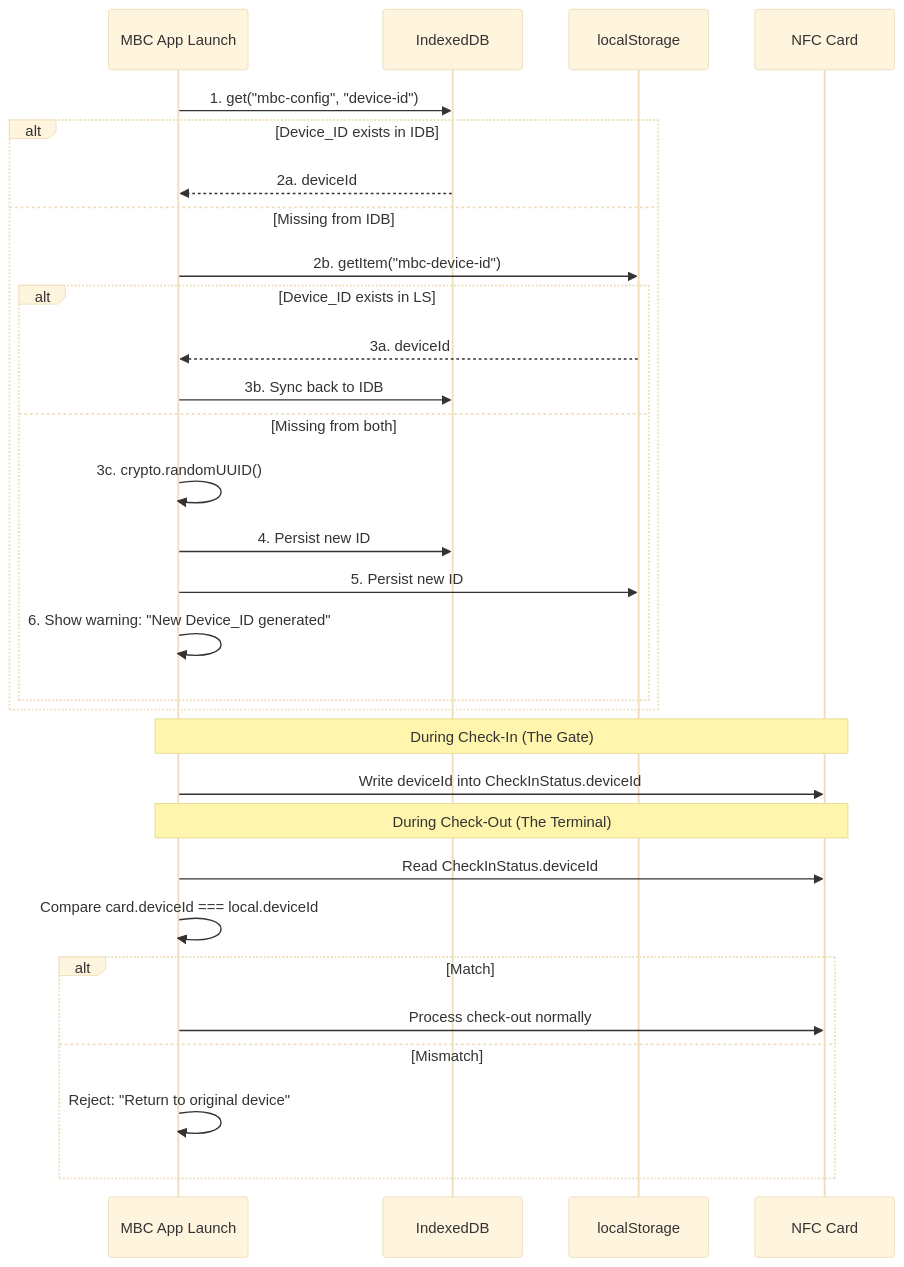
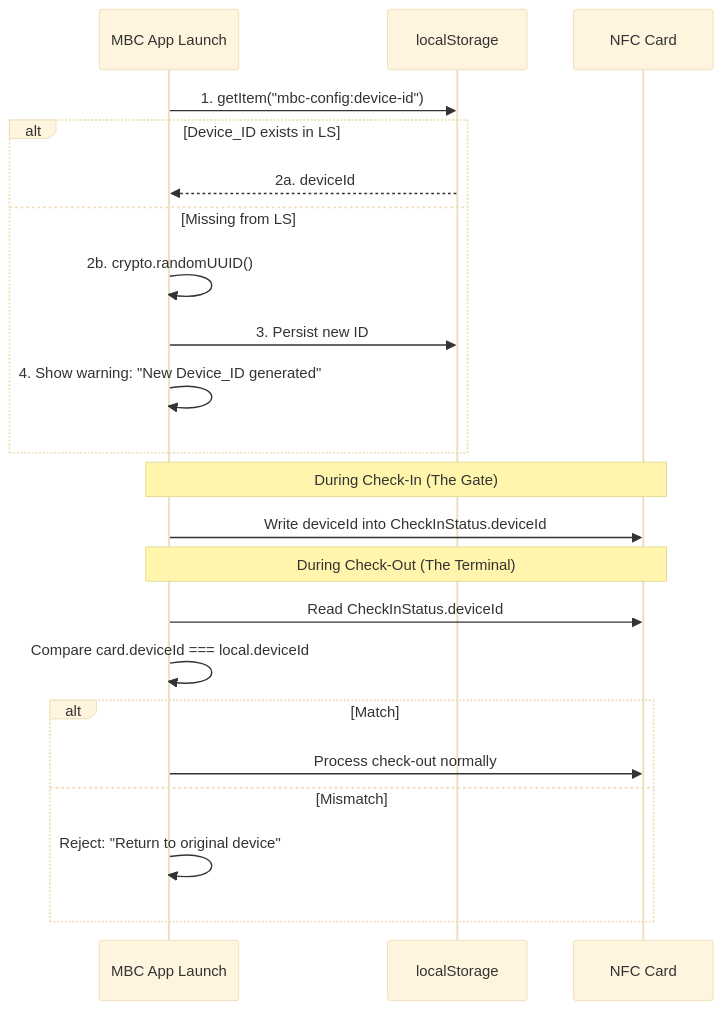
The first of 2 diagrams in docs/wiki/membership-benefit-card/04-Technical-Flows/Device-Binding.md (widdestoyud/assesment-s1-2026), drawn with Mermaid (base theme) before and after one commit. The commit also changed other lines of this file and 23 other files, not shown here.

First line of the commit message:
chore(mbc): Update agents, specs, wiki docs, and storage architecture (#35)

````diff
--- a/docs/wiki/membership-benefit-card/04-Technical-Flows/Device-Binding.md
+++ b/docs/wiki/membership-benefit-card/04-Technical-Flows/Device-Binding.md
@@ -11,35 +11,27 @@
 ```mermaid
 sequenceDiagram
     participant App as MBC App Launch
-    participant IDB as IndexedDB
     participant LS as localStorage
     participant Card as NFC Card
 
-    App->>IDB: 1. get("mbc-config", "device-id")
-    alt Device_ID exists in IDB
-        IDB-->>App: 2a. deviceId
-    else Missing from IDB
-        App->>LS: 2b. getItem("mbc-device-id")
-        alt Device_ID exists in LS
-            LS-->>App: 3a. deviceId
-            App->>IDB: 3b. Sync back to IDB
-        else Missing from both
-            App->>App: 3c. crypto.randomUUID()
-            App->>IDB: 4. Persist new ID
-            App->>LS: 5. Persist new ID
-            App->>App: 6. Show warning: "New Device_ID generated"
-        end
+    App->>LS: 1. getItem("mbc-config:device-id")
+    alt Device_ID exists in LS
+        LS-->>App: 2a. deviceId
+    else Missing from LS
+        App->>App: 2b. crypto.randomUUID()
+        App->>LS: 3. Persist new ID
+        App->>App: 4. Show warning: "New Device_ID generated"
     end
 
     Note over App,Card: During Check-In (The Gate)
     App->>Card: Write deviceId into CheckInStatus.deviceId
 
     Note over App,Card: During Check-Out (The Terminal)
     App->>Card: Read CheckInStatus.deviceId
     App->>App: Compare card.deviceId === local.deviceId
     alt Match
         App->>Card: Process check-out normally
     else Mismatch
         App->>App: Reject: "Return to original device"
     end
 ```
````
